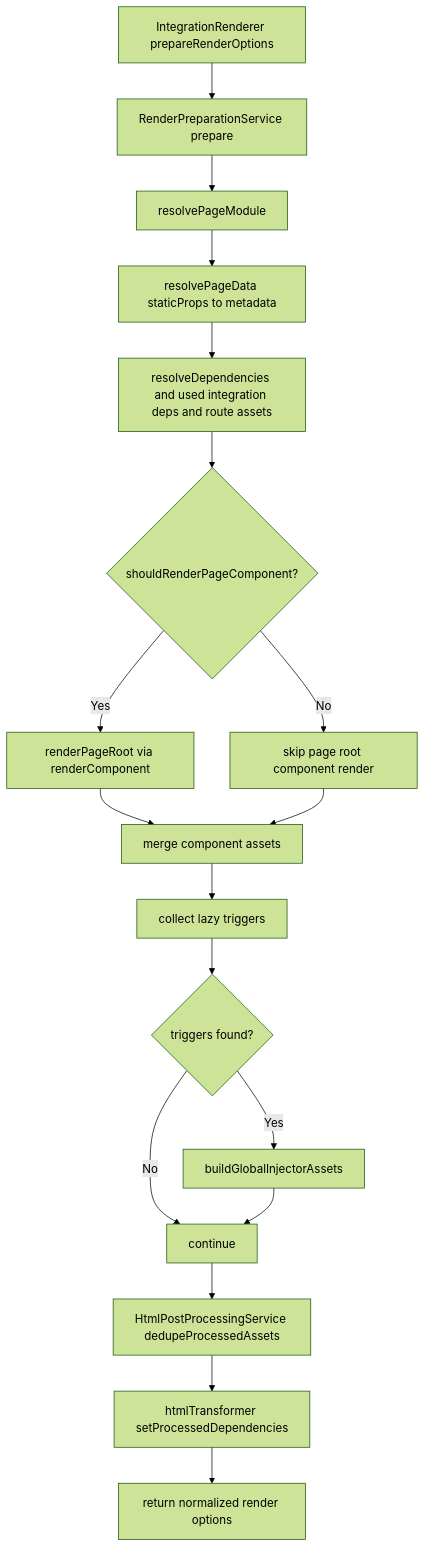
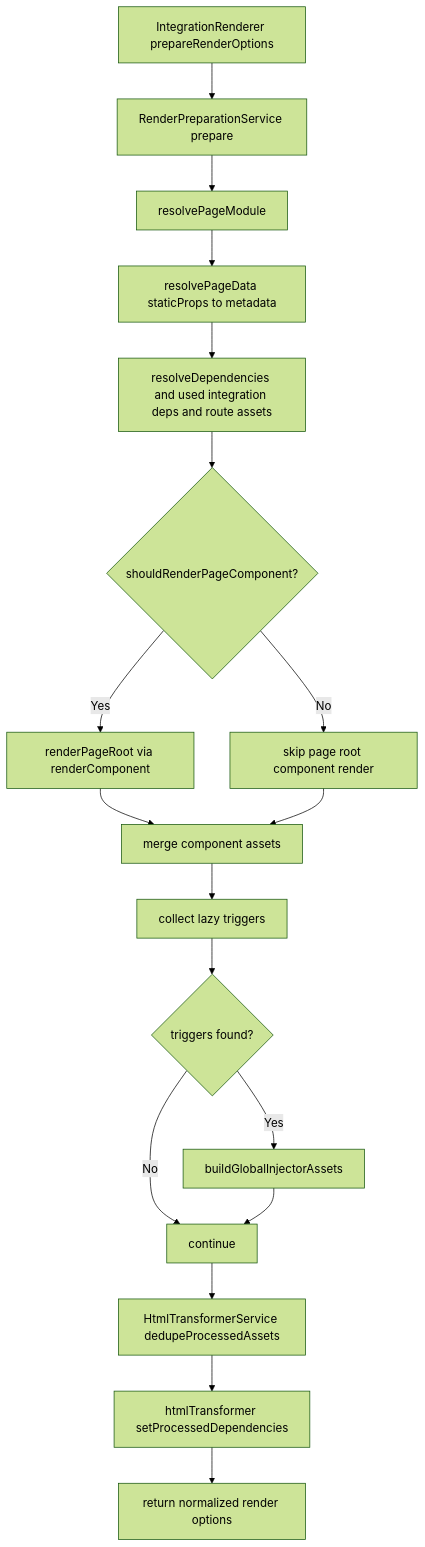
Before and after one commit to ecopages/ecopages: the fourth of 11 diagrams in packages/core/src/route-renderer/GRAPH.md, drawn with Mermaid (forest theme). The commit also changed other lines of this file and 8 other files, not shown here.

Commit message:
refactor(core): fold html post processing into transformer

````diff
--- a/packages/core/src/route-renderer/GRAPH.md
+++ b/packages/core/src/route-renderer/GRAPH.md
@@ -123,20 +123,20 @@
 ```mermaid
 flowchart TD
   A[IntegrationRenderer prepareRenderOptions] --> B[RenderPreparationService prepare]
   B --> C[resolvePageModule]
   C --> D[resolvePageData staticProps to metadata]
   D --> E[resolveDependencies and used integration deps and route assets]
   E --> F{shouldRenderPageComponent?}
   F -- Yes --> G[renderPageRoot via renderComponent]
   F -- No --> H[skip page root component render]
   G --> I[merge component assets]
   H --> I
   I --> J[collect lazy triggers]
   J --> K{triggers found?}
   K -- Yes --> L[buildGlobalInjectorAssets]
   K -- No --> M[continue]
   L --> M
-  M --> N[HtmlPostProcessingService dedupeProcessedAssets]
+  M --> N[HtmlTransformerService dedupeProcessedAssets]
   N --> O[htmlTransformer setProcessedDependencies]
   O --> P[return normalized render options]
 ```
````
